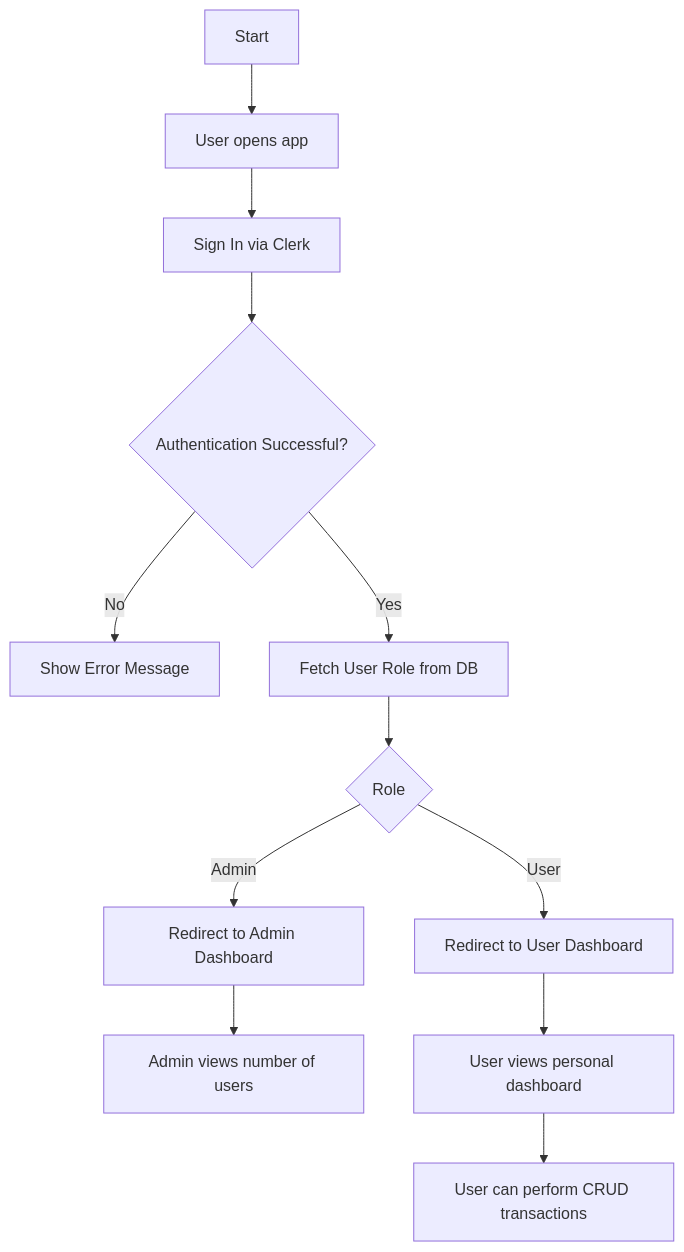
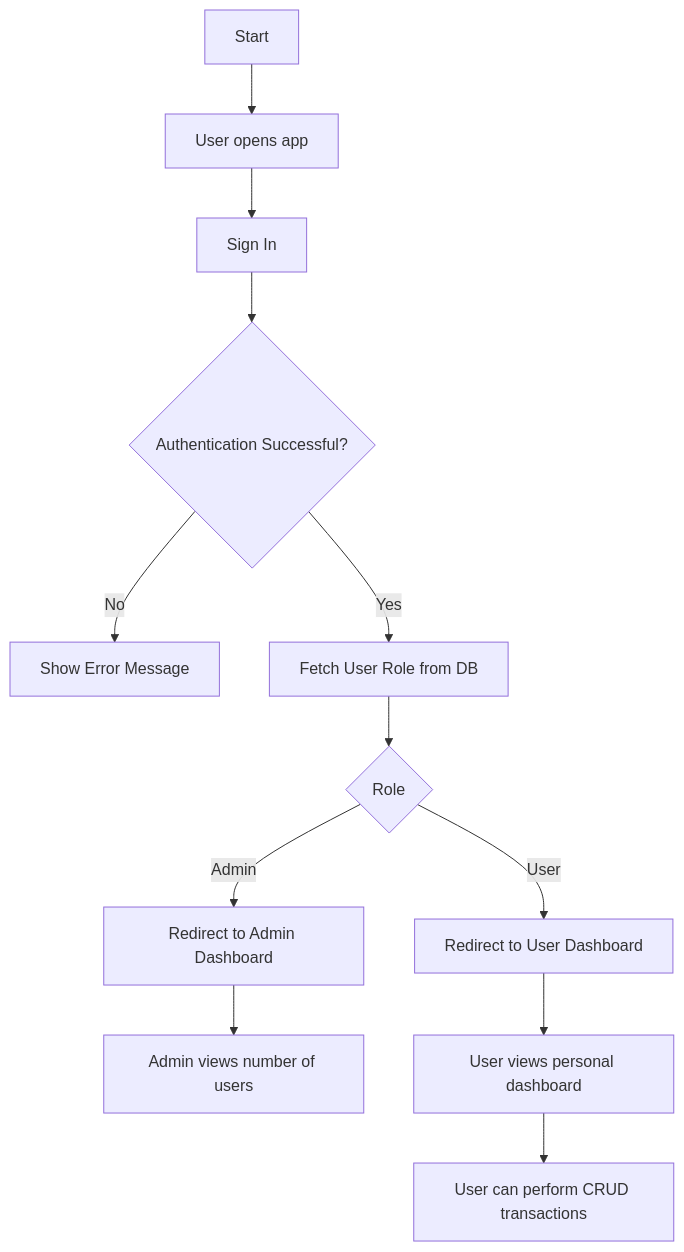
The first of 3 diagrams in docs/workflow.md (kunalgkmit/phase0-project-documentation), drawn with Mermaid before and after one commit. The commit also changed other lines of this file and 9 other files, not shown here.

````diff
--- a/docs/workflow.md
+++ b/docs/workflow.md
@@ -32,18 +32,18 @@
 ```mermaid
 flowchart TD
 A[Start] --> B[User opens app]
-B --> C[Sign In via Clerk]
+B --> C[Sign In]
 C --> D{Authentication Successful?}
 D -- No --> E[Show Error Message]
 D -- Yes --> F[Fetch User Role from DB]
 
 F --> G{Role}
 G -- Admin --> H[Redirect to Admin Dashboard]
 G -- User --> I[Redirect to User Dashboard]
 
 H --> J[Admin views number of users]
 I --> K[User views personal dashboard]
 K --> L[User can perform CRUD transactions]
 
 
 ```
````
